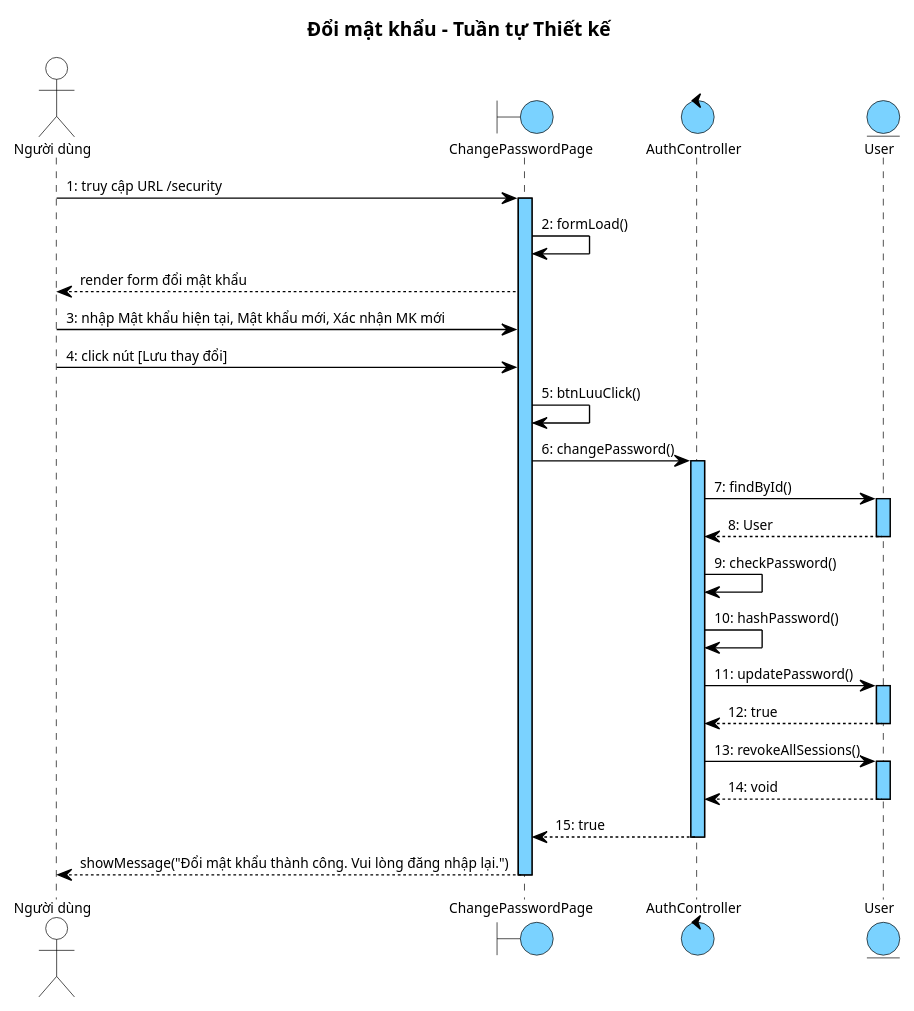
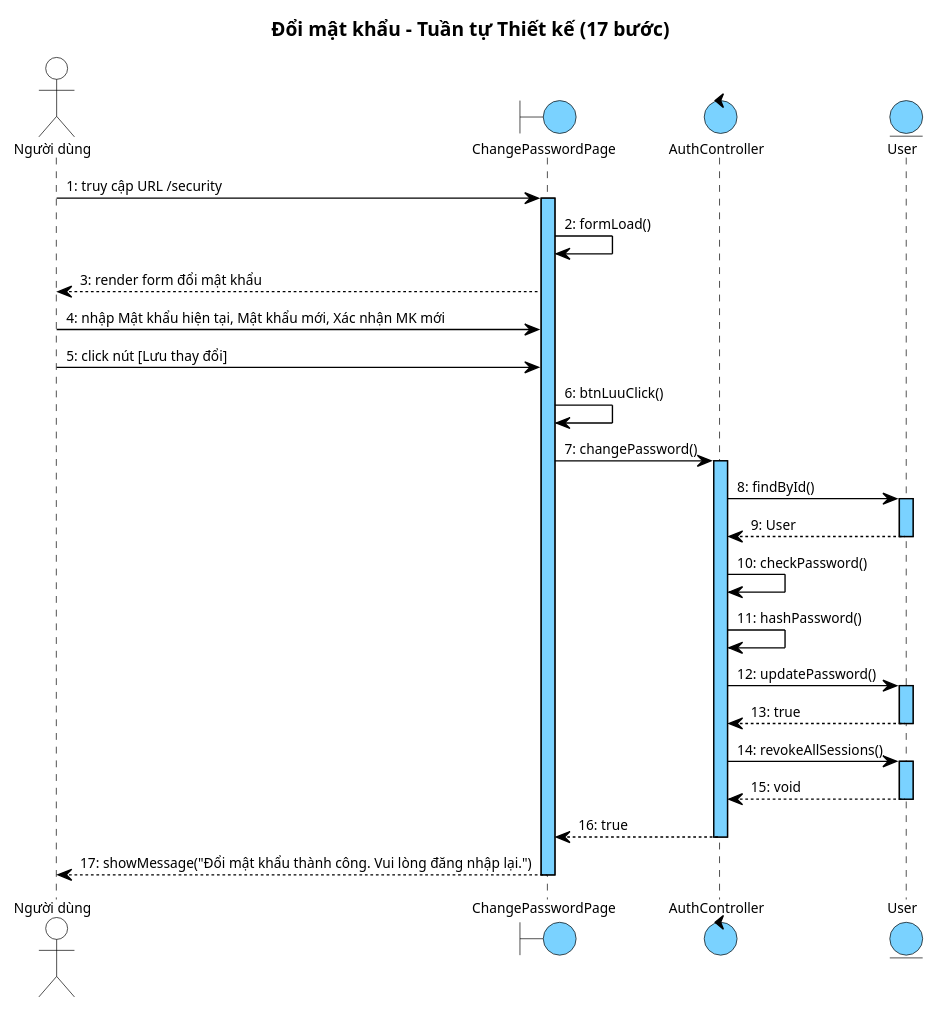
Before and after one commit to thanhtrnnn/cnpm: the sixth of 8 diagrams in docs/tabs/account/iii-design.md, drawn with PlantUML. The commit also changed other lines of this file and 19 other files, not shown here.

First line of the commit message:
fix: account sequence diagrams 1:1 step parity (II.4 + III.4) + 4.2 format

````diff
--- a/docs/tabs/account/iii-design.md
+++ b/docs/tabs/account/iii-design.md
@@ -876,7 +867,7 @@
   }
 }
 </style>
-title Đổi mật khẩu – Tuần tự Thiết kế
+title Đổi mật khẩu – Tuần tự Thiết kế (17 bước)
 
 actor "Người dùng" as User
 boundary ChangePasswordPage as B1
@@ -886,29 +877,29 @@
 User -> B1 : 1: truy cập URL /security
 activate B1
 B1 -> B1 : 2: formLoad()
-B1 --> User : render form đổi mật khẩu
-User -> B1 : 3: nhập Mật khẩu hiện tại, Mật khẩu mới, Xác nhận MK mới
-User -> B1 : 4: click nút [Lưu thay đổi]
-B1 -> B1 : 5: btnLuuClick()
-B1 -> C1 : 6: changePassword()
+B1 --> User : 3: render form đổi mật khẩu
+User -> B1 : 4: nhập Mật khẩu hiện tại, Mật khẩu mới, Xác nhận MK mới
+User -> B1 : 5: click nút [Lưu thay đổi]
+B1 -> B1 : 6: btnLuuClick()
+B1 -> C1 : 7: changePassword()
 activate C1
-C1 -> E1 : 7: findById()
+C1 -> E1 : 8: findById()
 activate E1
-E1 --> C1 : 8: User
+E1 --> C1 : 9: User
 deactivate E1
-C1 -> C1 : 9: checkPassword()
-C1 -> C1 : 10: hashPassword()
-C1 -> E1 : 11: updatePassword()
+C1 -> C1 : 10: checkPassword()
+C1 -> C1 : 11: hashPassword()
+C1 -> E1 : 12: updatePassword()
 activate E1
-E1 --> C1 : 12: true
+E1 --> C1 : 13: true
 deactivate E1
-C1 -> E1 : 13: revokeAllSessions()
+C1 -> E1 : 14: revokeAllSessions()
 activate E1
-E1 --> C1 : 14: void
+E1 --> C1 : 15: void
 deactivate E1
-C1 --> B1 : 15: true
+C1 --> B1 : 16: true
 deactivate C1
-B1 --> User : showMessage("Đổi mật khẩu thành công. Vui lòng đăng nhập lại.")
+B1 --> User : 17: showMessage("Đổi mật khẩu thành công. Vui lòng đăng nhập lại.")
 deactivate B1
 @enduml
 ```
````
